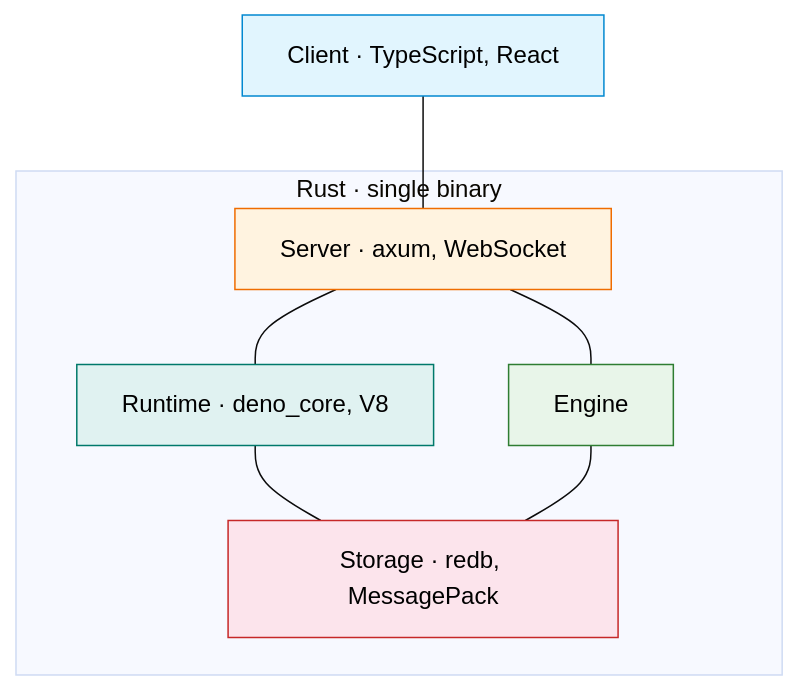
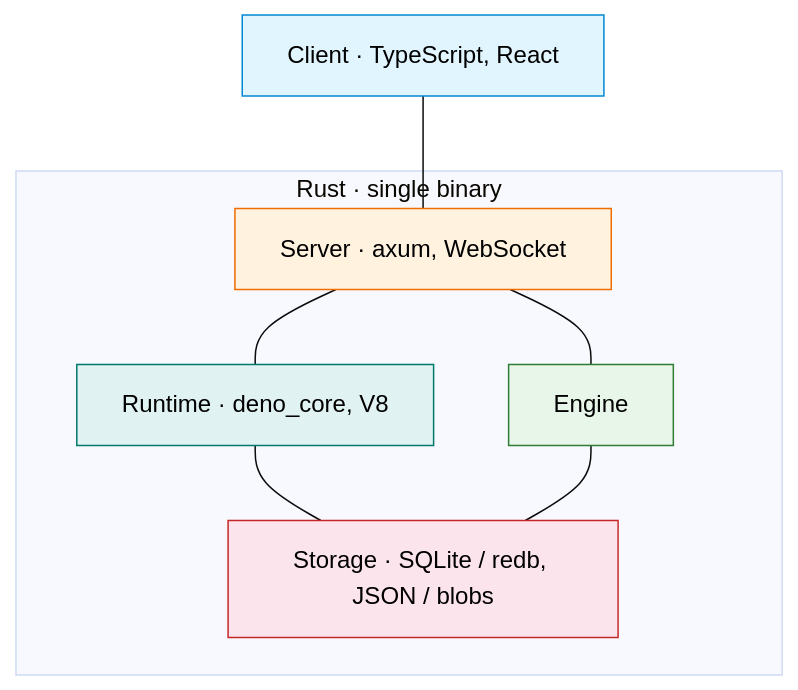
One commit to nimbus/nimbus changed the first of 6 diagrams in ARCHITECTURE.md. Above: the diagram before and after it, drawn with Mermaid (base theme). The commit also changed other lines of this file and 83 other files, not shown here.

````diff
--- a/ARCHITECTURE.md
+++ b/ARCHITECTURE.md
@@ -16,28 +18,28 @@
 ```mermaid
 flowchart TD
     T1["Client · TypeScript, React"]
 
     subgraph rust["Rust · single binary"]
         T2["Server · axum, WebSocket"]
         T3["Runtime · deno_core, V8"]
         T4["Engine"]
-        T5["Storage · redb, MessagePack"]
+        T5["Storage · SQLite / redb, JSON / blobs"]
 
         T2 --- T3 & T4
         T3 & T4 --- T5
     end
 
     T1 --- T2
 
     classDef client fill:#e1f5fe,stroke:#0288d1,color:#000
     classDef server fill:#fff3e0,stroke:#ef6c00,color:#000
     classDef runtime fill:#e0f2f1,stroke:#00796b,color:#000
     classDef logic fill:#e8f5e9,stroke:#2e7d32,color:#000
     classDef storage fill:#fce4ec,stroke:#c62828,color:#000
 
     class T1 client
     class T2 server
     class T3 runtime
     class T4 logic
     class T5 storage
 ```
````
